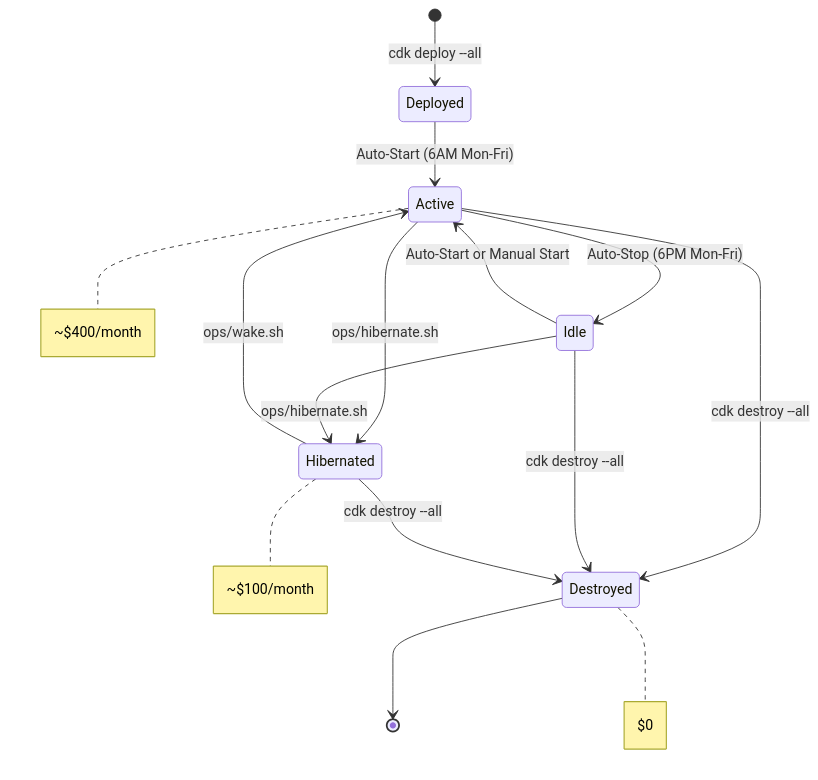
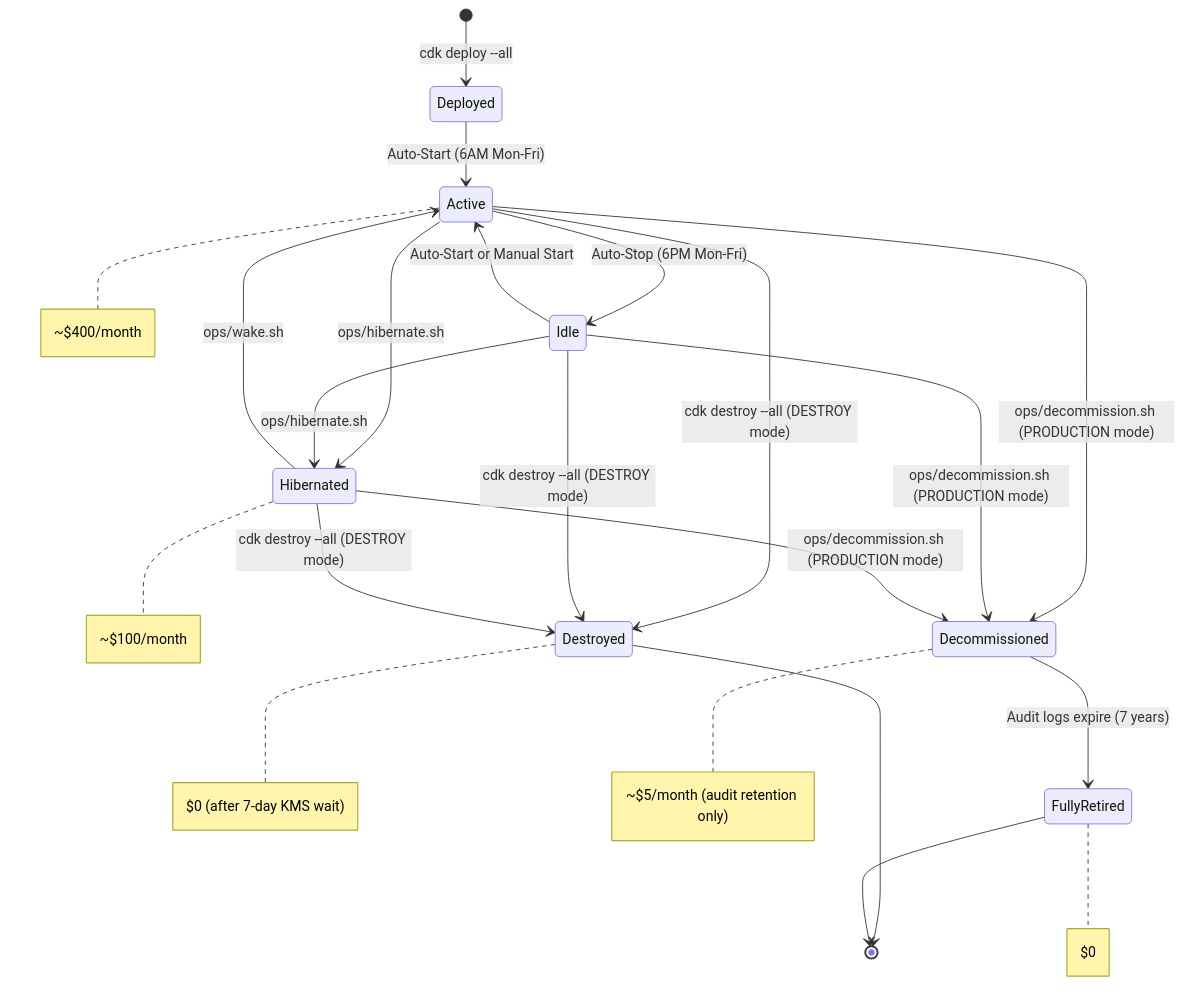
Before and after one commit to robfatland/securecomputing: the fourth of 4 diagrams in DIAGRAMS.md, drawn with Mermaid. The commit also changed other lines of this file and 2 other files, not shown here.

Commit message:
Add COMPLETION.md, DIAGRAMS.md, COST.md; document demonstrator vs production gap

````diff
--- a/DIAGRAMS.md
+++ b/DIAGRAMS.md
@@ -177,21 +177,30 @@
 ```mermaid
 stateDiagram-v2
     [*] --> Deployed: cdk deploy --all
     Deployed --> Active: Auto-Start (6AM Mon-Fri)
     Active --> Idle: Auto-Stop (6PM Mon-Fri)
     Idle --> Active: Auto-Start or Manual Start
     
     Active --> Hibernated: ops/hibernate.sh
     Idle --> Hibernated: ops/hibernate.sh
     Hibernated --> Active: ops/wake.sh
     
-    Active --> Destroyed: cdk destroy --all
-    Idle --> Destroyed: cdk destroy --all
-    Hibernated --> Destroyed: cdk destroy --all
+    Active --> Destroyed: cdk destroy --all (DESTROY mode)
+    Idle --> Destroyed: cdk destroy --all (DESTROY mode)
+    Hibernated --> Destroyed: cdk destroy --all (DESTROY mode)
+    
+    Active --> Decommissioned: ops/decommission.sh (PRODUCTION mode)
+    Idle --> Decommissioned: ops/decommission.sh (PRODUCTION mode)
+    Hibernated --> Decommissioned: ops/decommission.sh (PRODUCTION mode)
+
+    Decommissioned --> FullyRetired: Audit logs expire (7 years)
     
     Destroyed --> [*]
+    FullyRetired --> [*]
 
     note right of Active: ~$400/month
     note right of Hibernated: ~$100/month
-    note right of Destroyed: $0
+    note right of Destroyed: $0 (after 7-day KMS wait)
+    note right of Decommissioned: ~$5/month (audit retention only)
+    note right of FullyRetired: $0
 ```
````
